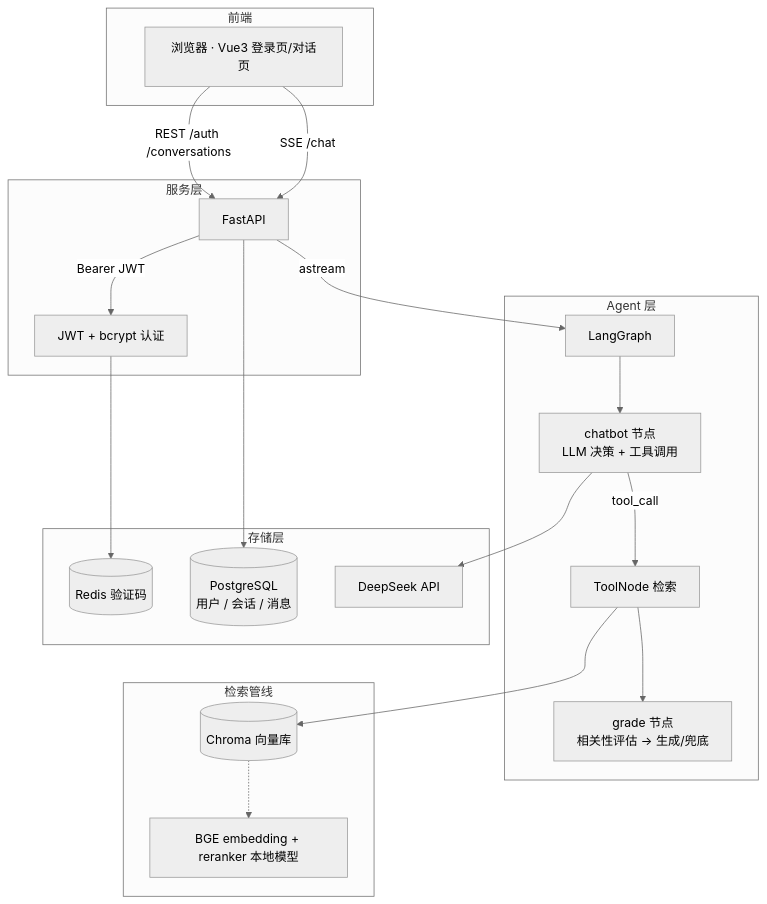
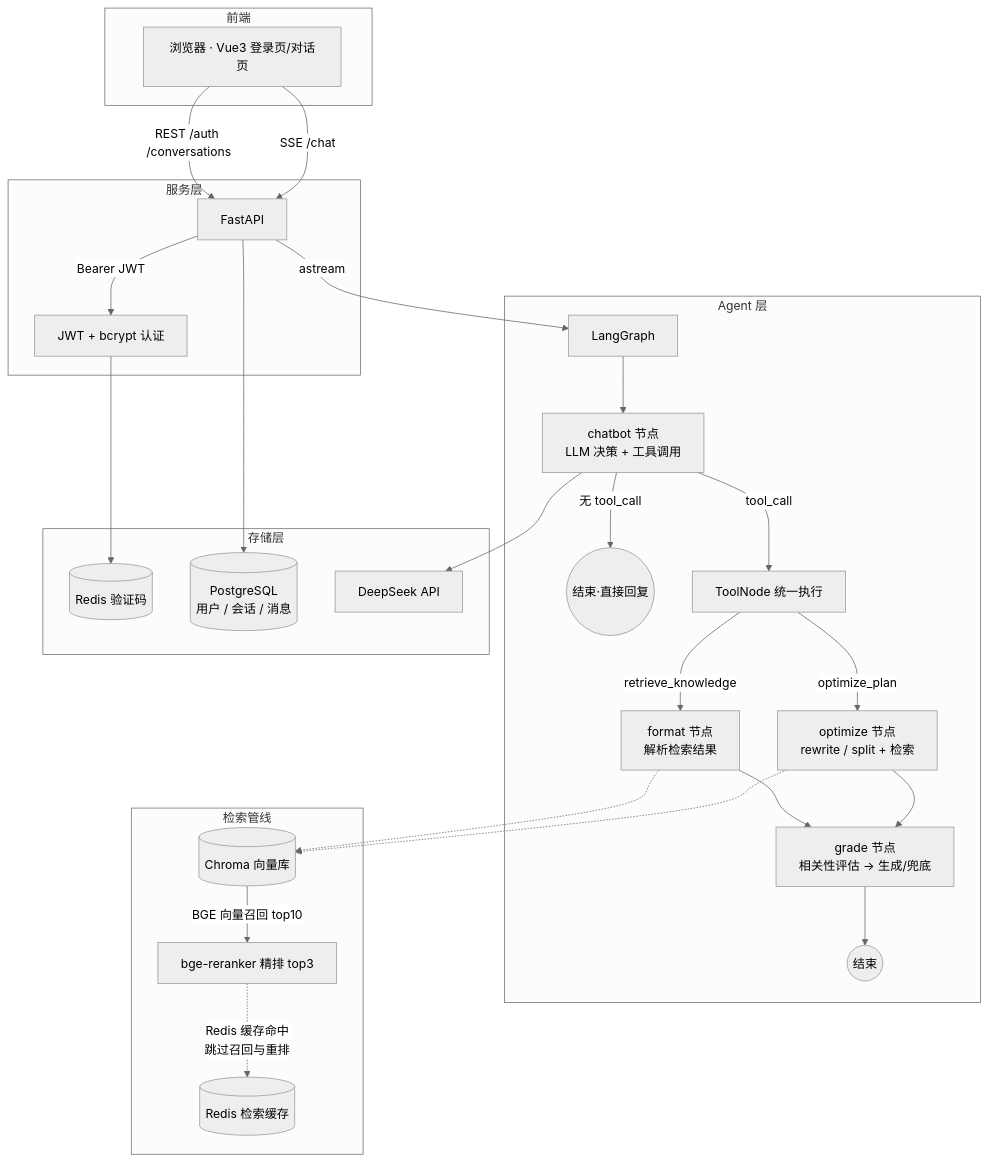
One commit to Heliostao/pamu-assist changed the diagram in README.md. Above: the diagram before and after it, drawn with Mermaid (neutral theme). The commit also changed other lines of this file and 25 other files, not shown here.

````diff
--- a/README.md
+++ b/README.md
@@ -58,30 +66,37 @@
 ```mermaid
 graph TB
     subgraph 前端
         U[浏览器 · Vue3 登录页/对话页]
     end
 
     subgraph 服务层
         U -->|REST /auth /conversations| API[FastAPI]
         U -->|SSE /chat| API
         API -->|Bearer JWT| AUTH[JWT + bcrypt 认证]
     end
 
     subgraph Agent 层
         API -->|astream| LG[LangGraph]
         LG --> CH[chatbot 节点<br/>LLM 决策 + 工具调用]
-        CH -->|tool_call| TN[ToolNode 检索]
-        TN --> GD[grade 节点<br/>相关性评估 → 生成/兜底]
+        CH -->|无 tool_call| E1((结束·直接回复))
+        CH -->|tool_call| TN[ToolNode 统一执行]
+        TN -->|retrieve_knowledge| FMT[format 节点<br/>解析检索结果]
+        TN -->|optimize_plan| OPT[optimize 节点<br/>rewrite / split + 检索]
+        FMT --> GD[grade 节点<br/>相关性评估 → 生成/兜底]
+        OPT --> GD
+        GD --> E2((结束))
     end
 
     subgraph 检索管线
-        TN --> VS[(Chroma 向量库)]
-        VS -.-> BGE[BGE embedding + reranker 本地模型]
+        VS[(Chroma 向量库)] -->|BGE 向量召回 top10| RR[bge-reranker 精排 top3]
+        FMT -.-> VS
+        OPT -.-> VS
+        RR -.->|Redis 缓存命中<br/>跳过召回与重排| RD2[(Redis 检索缓存)]
     end
 
     subgraph 存储层
         AUTH --> RD[(Redis 验证码)]
         API --> PG[(PostgreSQL<br/>用户 / 会话 / 消息)]
         CH --> DS[DeepSeek API]
     end
 ```
````
